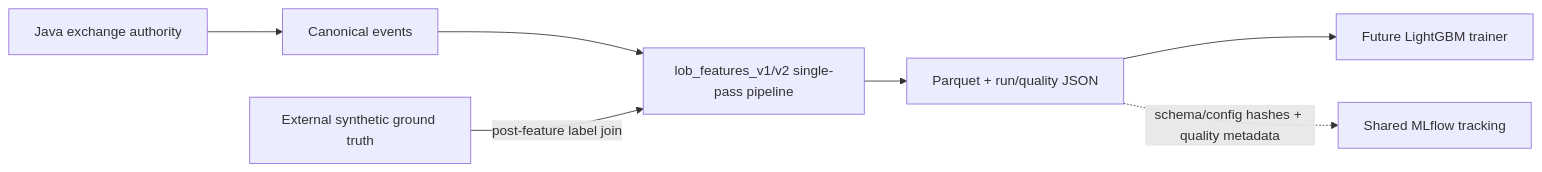
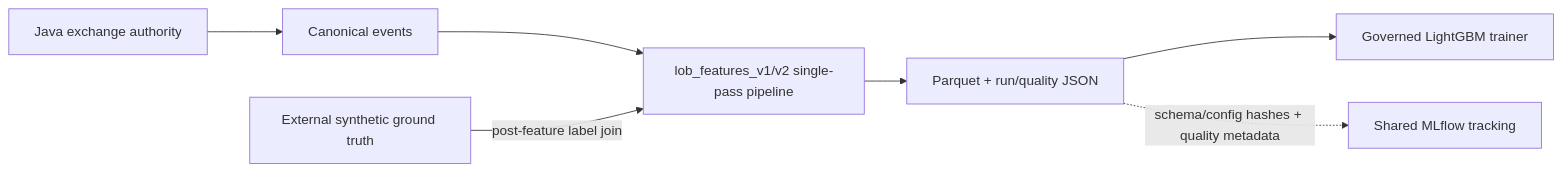
One commit to khab40/lob-arena changed the diagram in docs/architecture/ARD-0024-versioned-causal-feature-engineering.md. Above: the diagram before and after it, drawn with Mermaid. The commit also changed other lines of this file and 166 other files, not shown here.

First line of the commit message:
docs: reconcile ML lifecycle, roadmap and documentation structure (#208)

````diff
--- a/docs/architecture/ARD-0024-versioned-causal-feature-engineering.md
+++ b/docs/architecture/ARD-0024-versioned-causal-feature-engineering.md
@@ -46,17 +46,17 @@
 ```mermaid
 graph LR
     Java["Java exchange authority"]
     Canonical["Canonical events"]
     Pipeline["lob_features_v1/v2 single-pass pipeline"]
     Truth["External synthetic ground truth"]
     Dataset["Parquet + run/quality JSON"]
-    Future["Future LightGBM trainer"]
+    Future["Governed LightGBM trainer"]
     MLflow["Shared MLflow tracking"]
 
     Java --> Canonical
     Canonical --> Pipeline
     Truth -->|"post-feature label join"| Pipeline
     Pipeline --> Dataset
     Dataset --> Future
     Dataset -. "schema/config hashes + quality metadata" .-> MLflow
 ```
````
